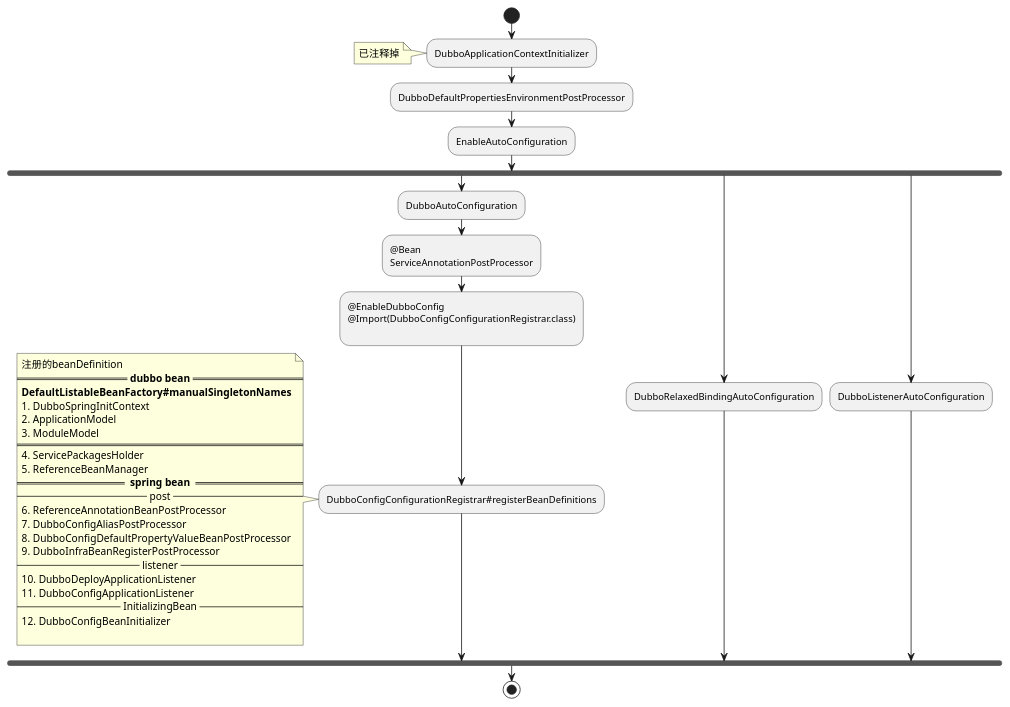
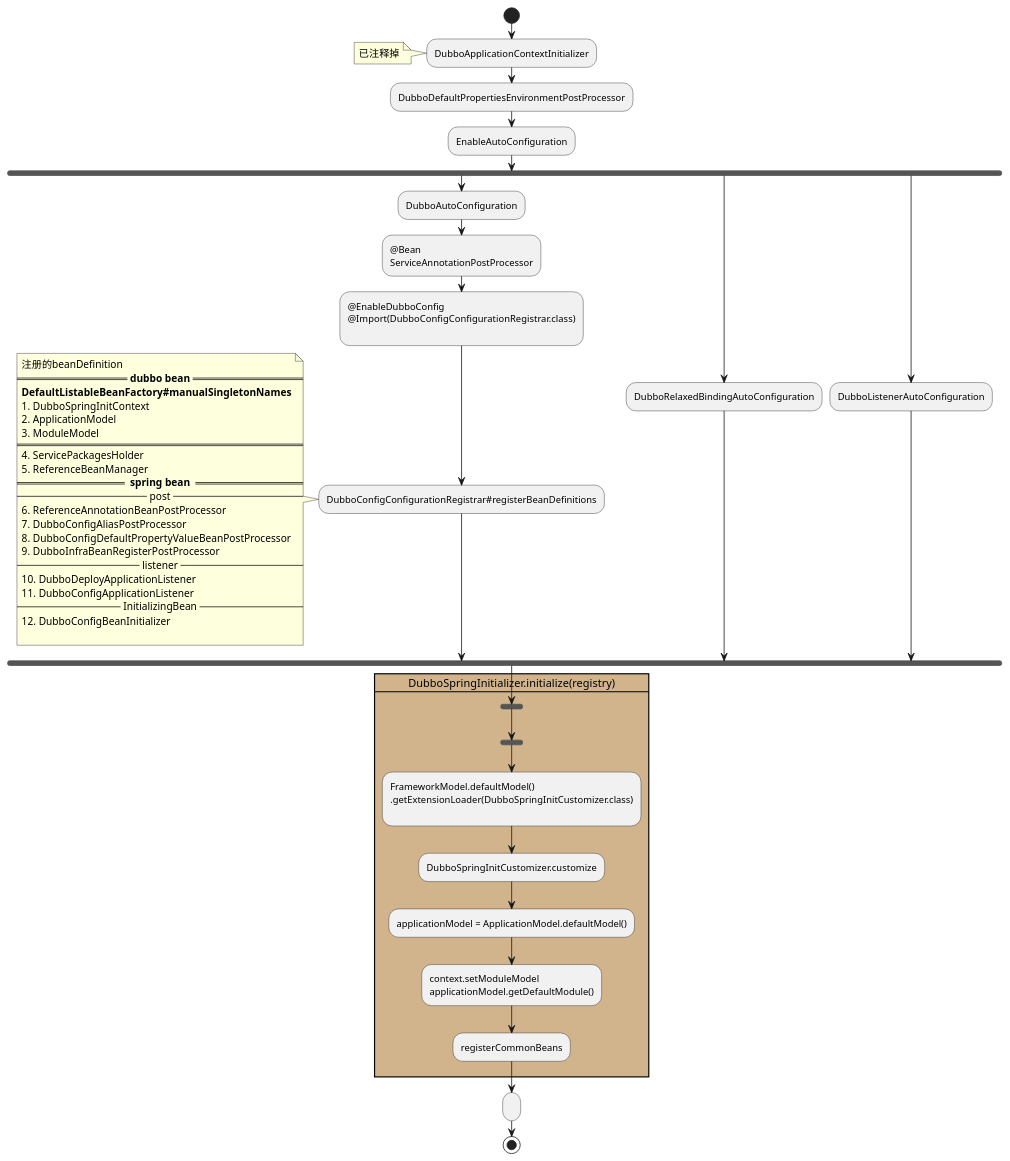
One commit to FHJ2020/spring-uml changed the diagram in uml/src/main/java/dubbo/dubbo_start_activity.puml. Above: the diagram before and after it, drawn with PlantUML. The commit also changed 6 other files, not shown here.

```diff
--- a/uml/src/main/java/dubbo/dubbo_start_activity.puml
+++ b/uml/src/main/java/dubbo/dubbo_start_activity.puml
@@ -1,59 +1,76 @@
 @startuml
 'https://plantuml.com/activity-diagram-beta
 
 start
     :DubboApplicationContextInitializer;
     note
     已注释掉
     end note
 
     :DubboDefaultPropertiesEnvironmentPostProcessor;
 
     :EnableAutoConfiguration;
 
 fork
     :DubboAutoConfiguration;
     :@Bean
     ServiceAnnotationPostProcessor;
 
     :@EnableDubboConfig
     @Import(DubboConfigConfigurationRegistrar.class)
     ;
     :DubboConfigConfigurationRegistrar#registerBeanDefinitions;
     note
     注册的beanDefinition
     == **dubbo bean** ==
     **DefaultListableBeanFactory#manualSingletonNames**
     # DubboSpringInitContext
     # ApplicationModel
     # ModuleModel
     ====
     # ServicePackagesHolder
     # ReferenceBeanManager
     == ** spring bean ** ==
     -- post --
     # ReferenceAnnotationBeanPostProcessor
     # DubboConfigAliasPostProcessor
     # DubboConfigDefaultPropertyValueBeanPostProcessor
     # DubboInfraBeanRegisterPostProcessor
     -- listener --
     # DubboDeployApplicationListener
     # DubboConfigApplicationListener
     -- InitializingBean --
     # DubboConfigBeanInitializer
 
     end note
 
 
 fork again
     :DubboRelaxedBindingAutoConfiguration;
 fork again
     :DubboListenerAutoConfiguration;
 
 end fork
 
+card DubboSpringInitializer.initialize(registry) #tan{
+    fork
+
+    end fork
+    :FrameworkModel.defaultModel()
+    .getExtensionLoader(DubboSpringInitCustomizer.class)
+    ;
+    :DubboSpringInitCustomizer.customize;
+
+    :applicationModel = ApplicationModel.defaultModel();
+
+    :context.setModuleModel
+    applicationModel.getDefaultModule();
+    :registerCommonBeans;
+}
+:;
+
 
 
 stop
 
 @enduml
```
